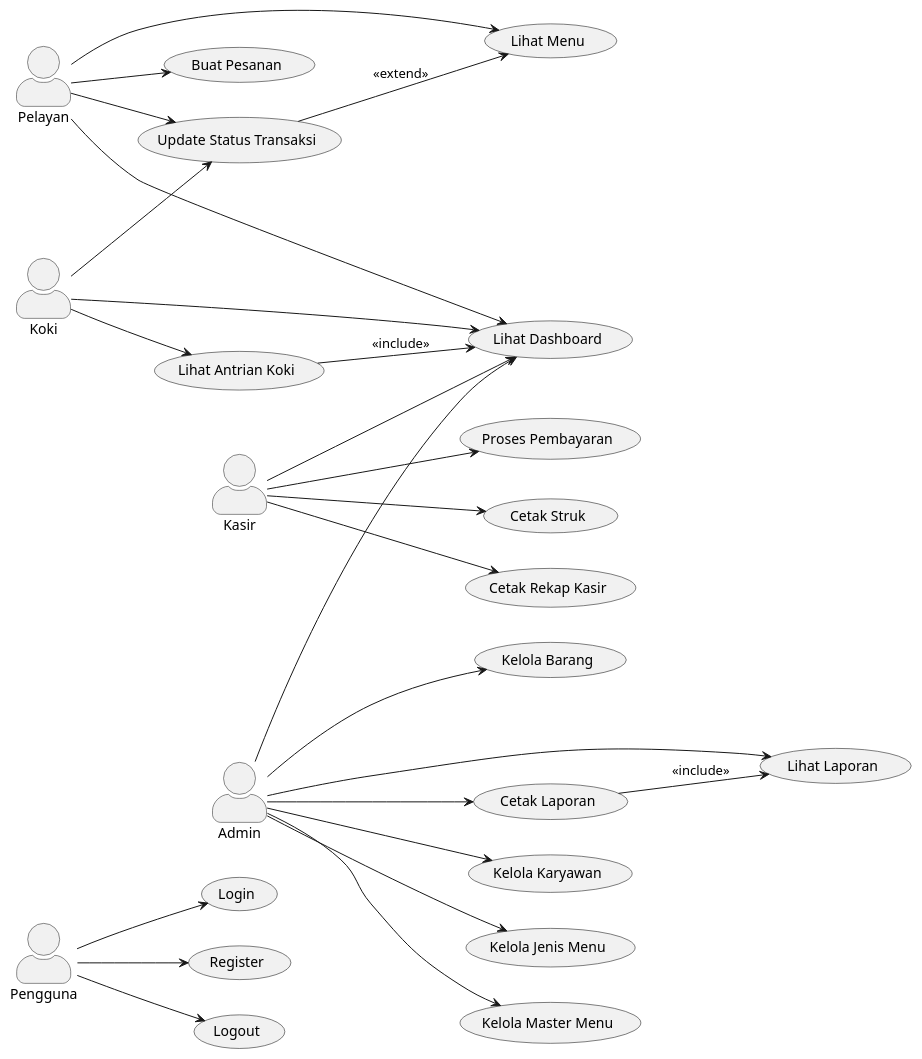
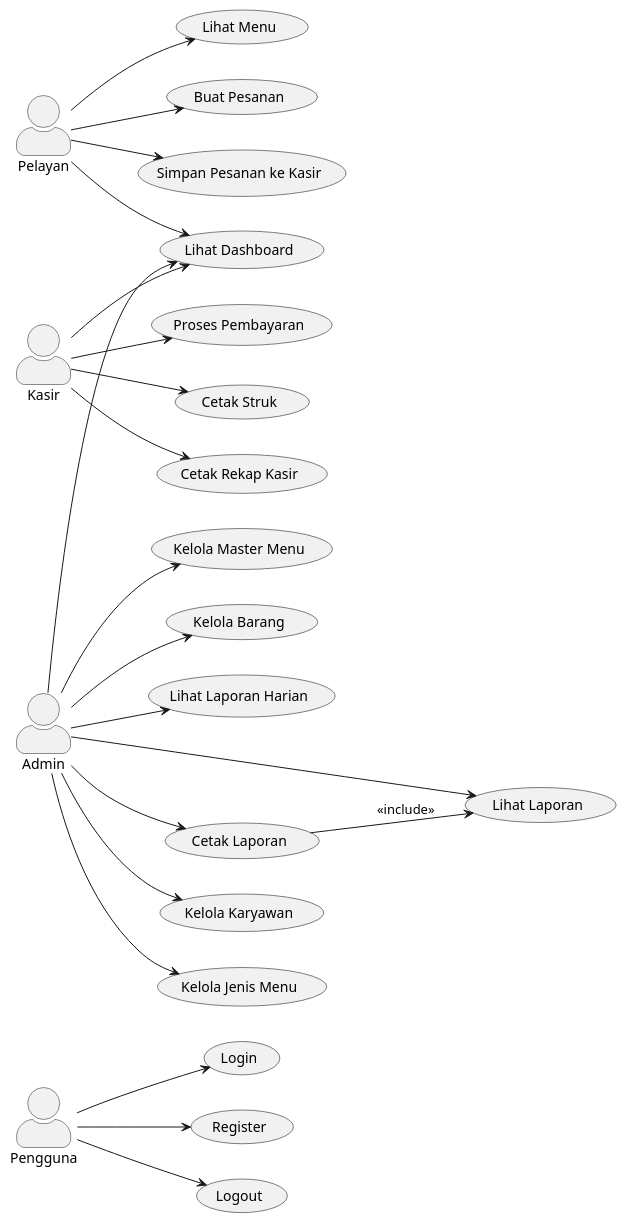
One commit to RenoSetyo18/Update-Penjualan-OmahJawa changed the diagram in USE_CASE_DIAGRAM.puml. Above: the diagram before and after it, drawn with PlantUML. The commit also changed 116 other files, not shown here.

```diff
--- a/USE_CASE_DIAGRAM.puml
+++ b/USE_CASE_DIAGRAM.puml
@@ -1,65 +1,58 @@
 @startuml
 left to right direction
 skinparam actorStyle awesome
 skinparam useCase {
   BackgroundColor<<Admin>> #F5F5DC
   BackgroundColor<<Kasir>> #D6EAF8
-  BackgroundColor<<Koki>> #D5F5E3
   BackgroundColor<<Pelayan>> #FDEBD0
   BorderColor black
 }
 
 actor Pengguna
 actor Pelayan
 actor Kasir
-actor Koki
 actor Admin
 
 usecase "Login" as UC_Login
 usecase "Register" as UC_Register
 usecase "Logout" as UC_Logout
 usecase "Lihat Menu" as UC_LihatMenu
 usecase "Buat Pesanan" as UC_BuatPesanan
-usecase "Update Status Transaksi" as UC_UpdateStatus
+usecase "Simpan Pesanan ke Kasir" as UC_SimpanPesanan
 usecase "Lihat Dashboard" as UC_LihatDashboard
 usecase "Proses Pembayaran" as UC_Bayar
 usecase "Cetak Struk" as UC_CetakStruk
 usecase "Cetak Rekap Kasir" as UC_CetakRekapKasir
 usecase "Lihat Laporan" as UC_LihatLaporan
 usecase "Cetak Laporan" as UC_CetakLaporan
 usecase "Kelola Karyawan" as UC_KelolaKaryawan
 usecase "Kelola Jenis Menu" as UC_KelolaJenis
 usecase "Kelola Master Menu" as UC_KelolaMasterMenu
 usecase "Kelola Barang" as UC_KelolaBarang
-usecase "Lihat Antrian Koki" as UC_LihatAntrianKoki
+usecase "Lihat Laporan Harian" as UC_LaporanHarian
 
 Pengguna --> UC_Login
 Pengguna --> UC_Register
 Pengguna --> UC_Logout
 
 Pelayan --> UC_LihatMenu
 Pelayan --> UC_BuatPesanan
-Pelayan --> UC_UpdateStatus
+Pelayan --> UC_SimpanPesanan
 Pelayan --> UC_LihatDashboard
 
 Kasir --> UC_LihatDashboard
 Kasir --> UC_Bayar
 Kasir --> UC_CetakStruk
 Kasir --> UC_CetakRekapKasir
 
-Koki --> UC_LihatDashboard
-Koki --> UC_LihatAntrianKoki
-Koki --> UC_UpdateStatus
-
 Admin --> UC_LihatDashboard
 Admin --> UC_LihatLaporan
 Admin --> UC_CetakLaporan
+Admin --> UC_LaporanHarian
 Admin --> UC_KelolaKaryawan
 Admin --> UC_KelolaJenis
 Admin --> UC_KelolaMasterMenu
 Admin --> UC_KelolaBarang
 
-UC_LihatAntrianKoki --> UC_LihatDashboard : <<include>>
-UC_UpdateStatus --> UC_LihatMenu : <<extend>>
 UC_CetakLaporan --> UC_LihatLaporan : <<include>>
 @enduml
```
